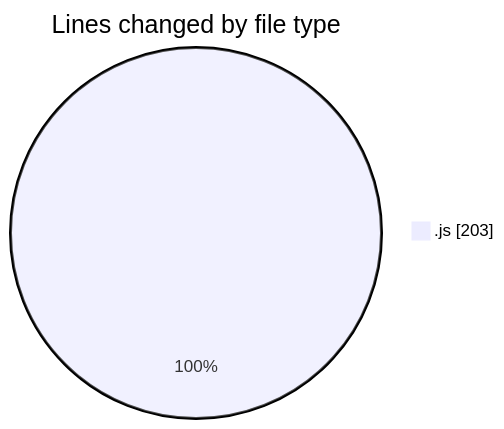
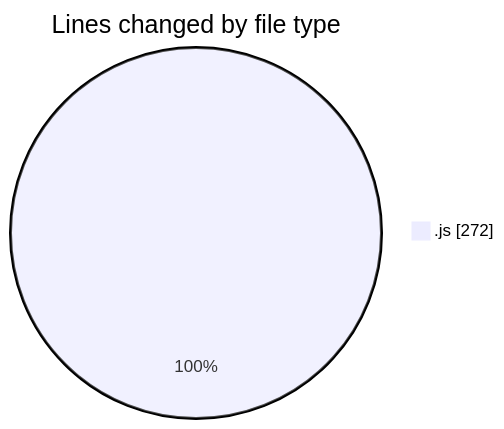
One commit to nxtqubesakshisongat/code-tracking changed the first of 2 diagrams in 2025-04-08/nxtqube_webapp/README.md. Above: the diagram before and after it, drawn with Mermaid. The commit also changed other lines of this file and 1 other file, not shown here.

````diff
--- a/2025-04-08/nxtqube_webapp/README.md
+++ b/2025-04-08/nxtqube_webapp/README.md
@@ -20,5 +20,5 @@
 ```mermaid
 pie showData
 title Lines changed by file type
-".js" : 203
+".js" : 272
 ```
````
